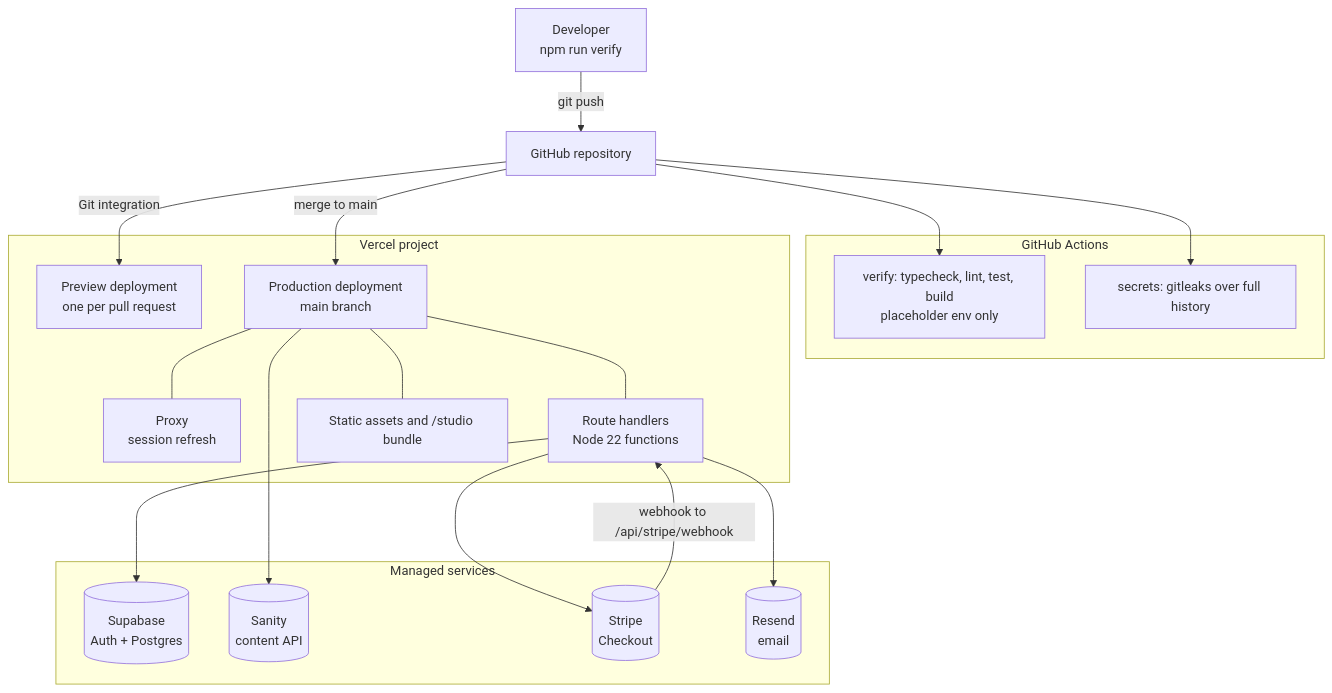
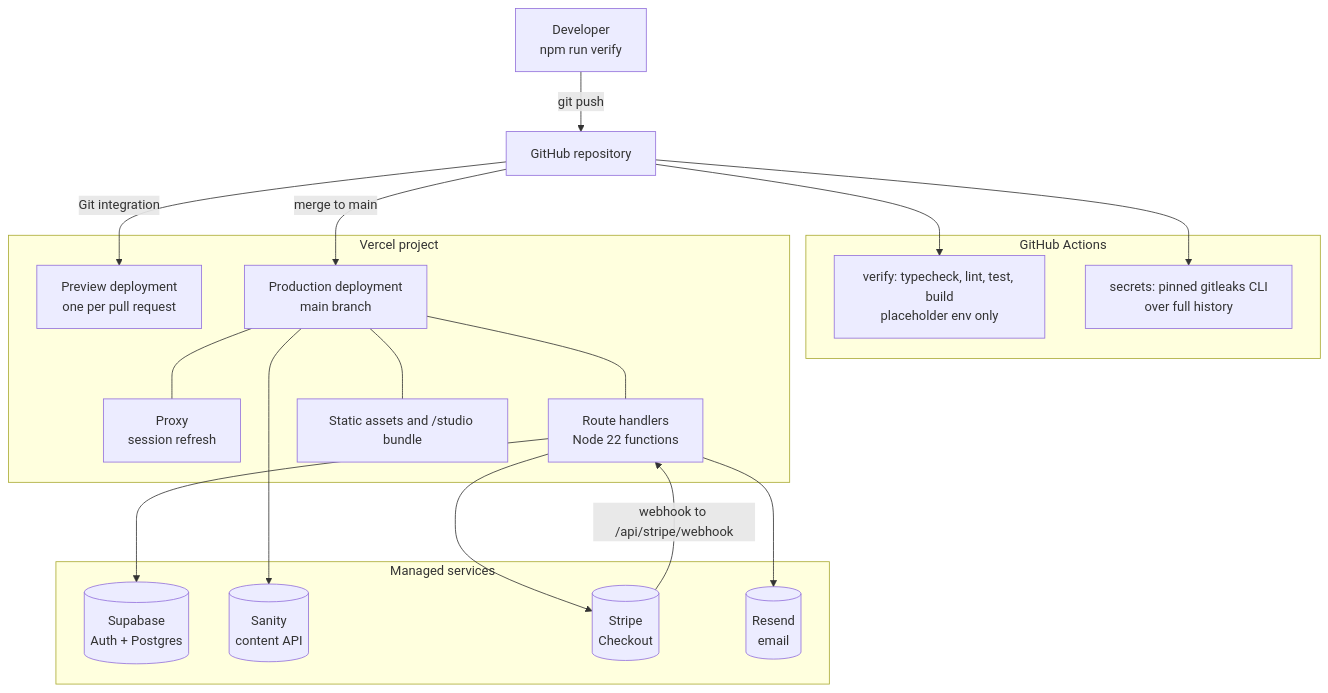
One commit to arqui-dev/sweai-base-apps changed the diagram in docs/arc42/07-deployment-view.md. Above: the diagram before and after it, drawn with Mermaid. The commit also changed 5 other files, not shown here.

First line of the commit message:
fix(ci): run the gitleaks CLI instead of gitleaks-action

````diff
--- a/docs/arc42/07-deployment-view.md
+++ b/docs/arc42/07-deployment-view.md
@@ -3,39 +3,39 @@
 ```mermaid
 flowchart TB
   dev["Developer<br/>npm run verify"] -->|git push| gh[GitHub repository]
 
   subgraph CI["GitHub Actions"]
     v["verify: typecheck, lint, test, build<br/>placeholder env only"]
-    s["secrets: gitleaks over full history"]
+    s["secrets: pinned gitleaks CLI<br/>over full history"]
   end
 
   gh --> v
   gh --> s
 
   subgraph VC["Vercel project"]
     prev["Preview deployment<br/>one per pull request"]
     prod["Production deployment<br/>main branch"]
     edge["Proxy<br/>session refresh"]
     fn["Route handlers<br/>Node 22 functions"]
     stat["Static assets and /studio bundle"]
   end
 
   gh -->|Git integration| prev
   gh -->|merge to main| prod
   prod --- edge
   prod --- fn
   prod --- stat
 
   subgraph EXT["Managed services"]
     sb[("Supabase<br/>Auth + Postgres")]
     san[("Sanity<br/>content API")]
     st[("Stripe<br/>Checkout")]
     rs[("Resend<br/>email")]
   end
 
   fn --> sb
   fn --> st
   fn --> rs
   prod --> san
   st -->|webhook to /api/stripe/webhook| fn
 ```
````
